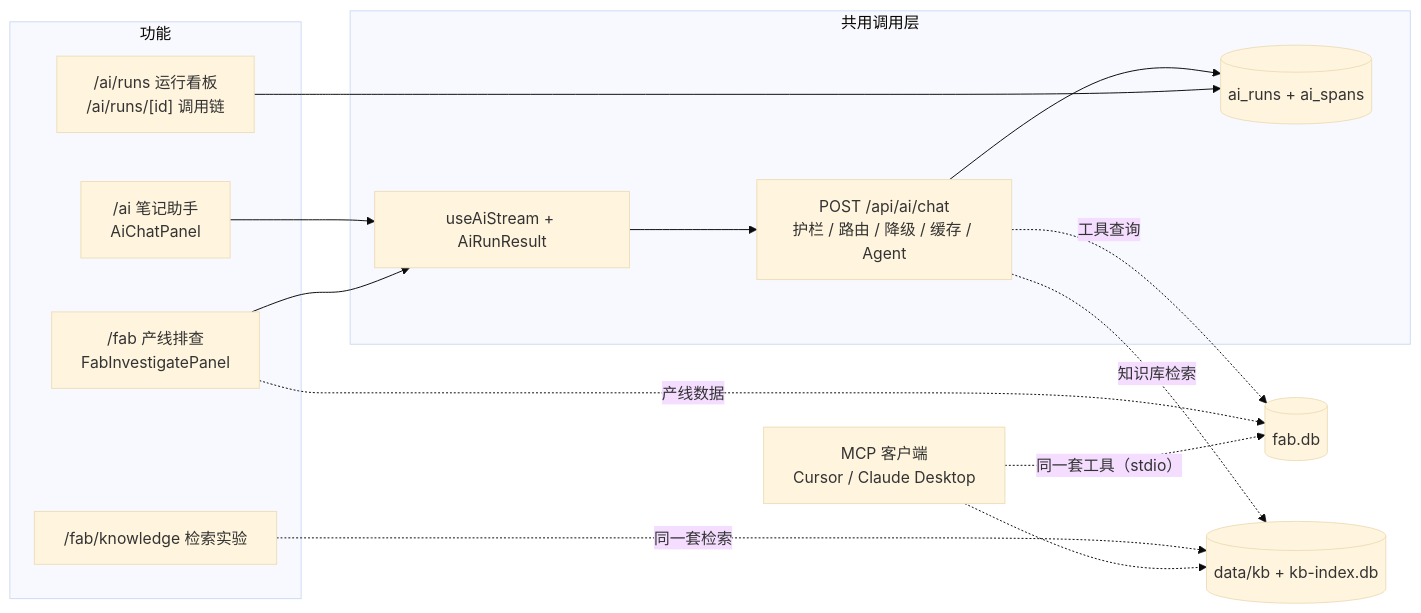
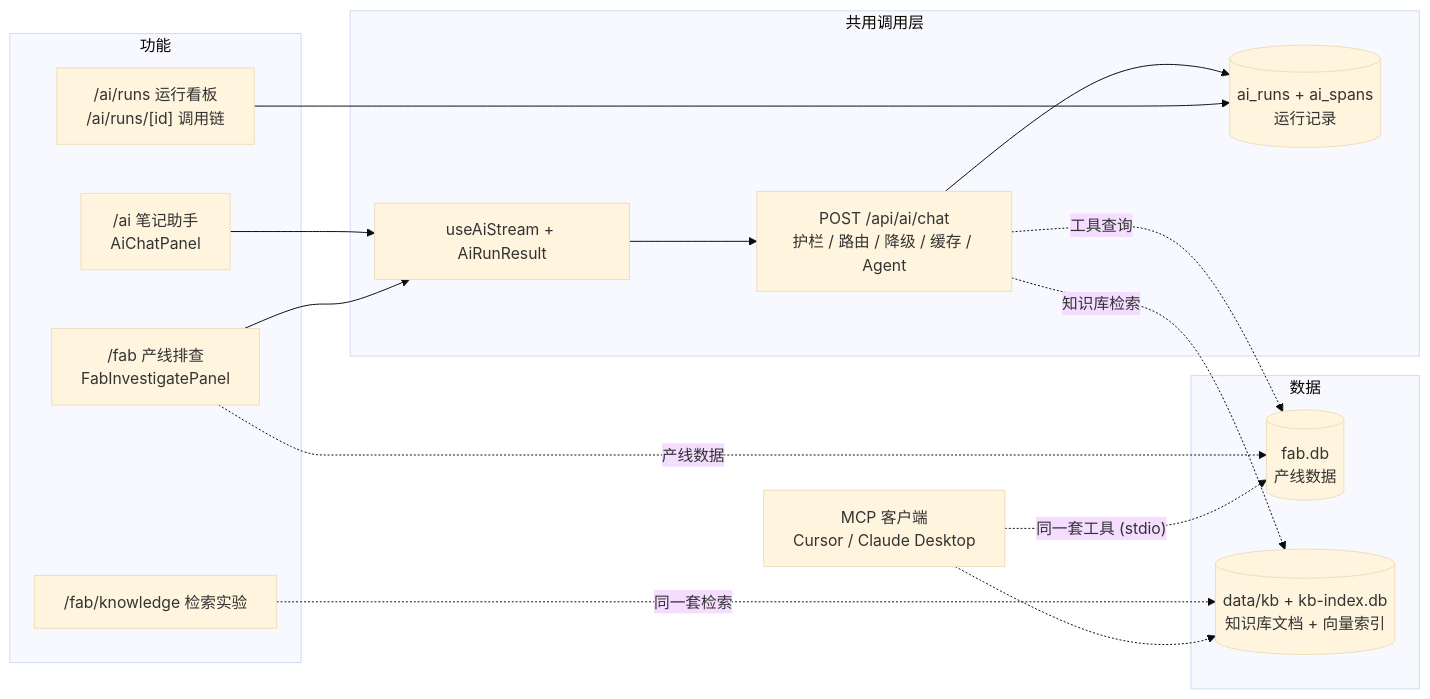
One commit to sunguchuan/star-track-demo changed the diagram in docs/ai-design.md. Above: the diagram before and after it, drawn with Mermaid (base theme). The commit also changed other lines of this file and 14 other files, not shown here.

Commit message:
发布知识库检索稳定性改进与英文版设计文档：重排序 4 秒未返回时补发一次对冲请求，减少偶发超时导致的“没有 ≥ 2 分结果”；超时提示说明已改用融合排名；新增 docs/en/ 英文版设计文档，统一中英文架构图。

````diff
--- a/docs/ai-design.md
+++ b/docs/ai-design.md
@@ -85,25 +87,30 @@
 ```mermaid
 flowchart LR
-  subgraph 功能
+  subgraph Features["功能"]
     A["/ai 笔记助手<br/>AiChatPanel"]
     B["/fab 产线排查<br/>FabInvestigatePanel"]
     C["/ai/runs 运行看板<br/>/ai/runs/[id] 调用链"]
     K["/fab/knowledge 检索实验"]
   end
-  subgraph 共用调用层
+  subgraph Gateway["共用调用层"]
     H["useAiStream + AiRunResult"]
     G["POST /api/ai/chat<br/>护栏 / 路由 / 降级 / 缓存 / Agent"]
-    R[("ai_runs + ai_spans")]
+    RUNS[("ai_runs + ai_spans<br/>运行记录")]
   end
+  subgraph Data["数据"]
+    FABDB[("fab.db<br/>产线数据")]
+    KBASE[("data/kb + kb-index.db<br/>知识库文档 + 向量索引")]
+  end
+  MCP["MCP 客户端<br/>Cursor / Claude Desktop"]
   A --> H
   B --> H
   H --> G
-  G --> R
-  C --> R
-  B -.产线数据.-> F[("fab.db")]
-  G -.工具查询.-> F
-  G -.知识库检索.-> KB[("data/kb + kb-index.db")]
-  K -.同一套检索.-> KB
-  M["MCP 客户端<br/>Cursor / Claude Desktop"] -.同一套工具（stdio）.-> F
-  M -.-> KB
+  G --> RUNS
+  C --> RUNS
+  B -.->|"产线数据"| FABDB
+  G -.->|"工具查询"| FABDB
+  G -.->|"知识库检索"| KBASE
+  K -.->|"同一套检索"| KBASE
+  MCP -.->|"同一套工具 (stdio)"| FABDB
+  MCP -.-> KBASE
 ```
````
